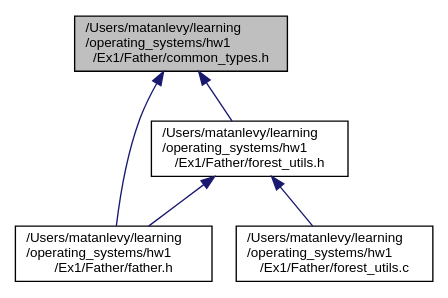
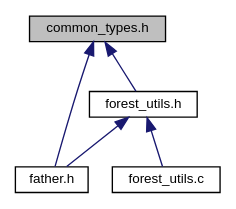
The diagram in common__types_8h__dep__incl.dot (LevyMatan/ISP_ex1_doc), drawn with Graphviz before and after one commit. The commit also changed 81 other files, not shown here.

```diff
--- a/common__types_8h__dep__incl.dot
+++ b/common__types_8h__dep__incl.dot
@@ -1,15 +1,15 @@
-digraph "/Users/matanlevy/learning/operating_systems/hw1/Ex1/Father/common_types.h"
+digraph "common_types.h"
 {
  // INTERACTIVE_SVG=YES
  // LATEX_PDF_SIZE
   edge [fontname="Helvetica",fontsize="10",labelfontname="Helvetica",labelfontsize="10"];
   node [fontname="Helvetica",fontsize="10",shape=record];
-  Node1 [label="/Users/matanlevy/learning\l/operating_systems/hw1\l/Ex1/Father/common_types.h",height=0.2,width=0.4,color="black", fillcolor="grey75", style="filled", fontcolor="black",tooltip="Hold common defenitions and types."];
+  Node1 [label="common_types.h",height=0.2,width=0.4,color="black", fillcolor="grey75", style="filled", fontcolor="black",tooltip="Hold common defenitions and types."];
   Node1 -> Node2 [dir="back",color="midnightblue",fontsize="10",style="solid",fontname="Helvetica"];
-  Node2 [label="/Users/matanlevy/learning\l/operating_systems/hw1\l/Ex1/Father/father.h",height=0.2,width=0.4,color="black", fillcolor="white", style="filled",URL="$father_8h.html",tooltip=" "];
+  Node2 [label="father.h",height=0.2,width=0.4,color="black", fillcolor="white", style="filled",URL="$father_8h.html",tooltip=" "];
   Node1 -> Node3 [dir="back",color="midnightblue",fontsize="10",style="solid",fontname="Helvetica"];
-  Node3 [label="/Users/matanlevy/learning\l/operating_systems/hw1\l/Ex1/Father/forest_utils.h",height=0.2,width=0.4,color="black", fillcolor="white", style="filled",URL="$forest__utils_8h.html",tooltip="This sub-module will handle all forest related functions."];
+  Node3 [label="forest_utils.h",height=0.2,width=0.4,color="black", fillcolor="white", style="filled",URL="$forest__utils_8h.html",tooltip="This sub-module will handle all forest related functions."];
   Node3 -> Node2 [dir="back",color="midnightblue",fontsize="10",style="solid",fontname="Helvetica"];
   Node3 -> Node4 [dir="back",color="midnightblue",fontsize="10",style="solid",fontname="Helvetica"];
-  Node4 [label="/Users/matanlevy/learning\l/operating_systems/hw1\l/Ex1/Father/forest_utils.c",height=0.2,width=0.4,color="black", fillcolor="white", style="filled",URL="$forest__utils_8c.html",tooltip="Holds all forest related functions. Allows to go through the forest and change each cell to the next ..."];
+  Node4 [label="forest_utils.c",height=0.2,width=0.4,color="black", fillcolor="white", style="filled",URL="$forest__utils_8c.html",tooltip="Holds all forest related functions. Allows to go through the forest and change each cell to the next ..."];
 }
```
